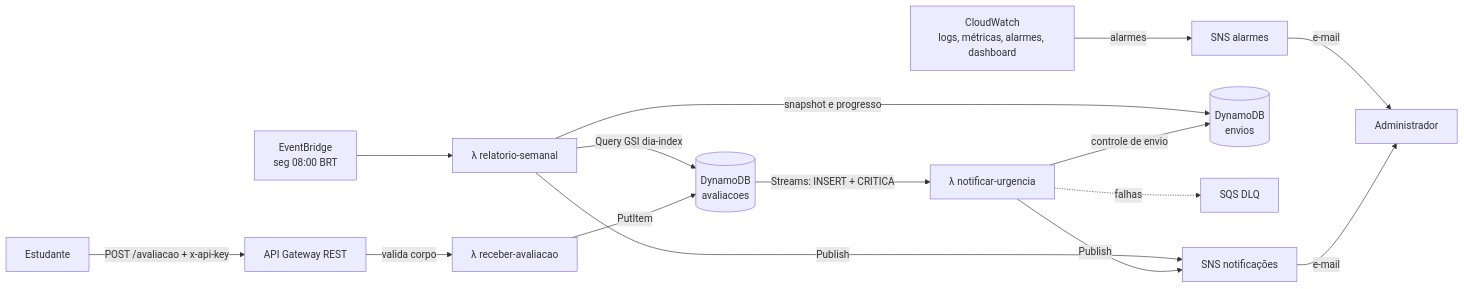
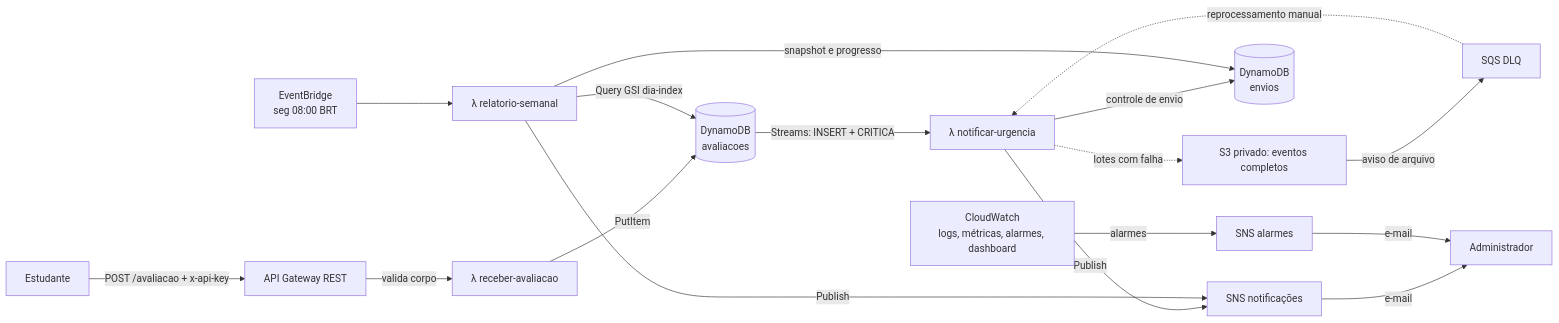
One commit to jessidomingues96/notacampus changed the diagram in README.md. Above: the diagram before and after it, drawn with Mermaid. The commit also changed other lines of this file and 23 other files, not shown here.

````diff
--- a/README.md
+++ b/README.md
@@ -26,17 +26,19 @@
 ```mermaid
 flowchart LR
     A[Estudante] -->|POST /avaliacao + x-api-key| B[API Gateway REST]
     B -->|valida corpo| F1[λ receber-avaliacao]
     F1 -->|PutItem| D[(DynamoDB<br/>avaliacoes)]
     D -->|Streams: INSERT + CRITICA| F2[λ notificar-urgencia]
     F2 -->|Publish| T[SNS notificações]
     F2 -->|controle de envio| C[(DynamoDB<br/>envios)]
-    F2 -.falhas.-> Q[SQS DLQ]
+    F2 -.lotes com falha.-> S3[S3 privado: eventos completos]
+    S3 -->|aviso de arquivo| Q[SQS DLQ]
+    Q -.reprocessamento manual.-> F2
     E[EventBridge<br/>seg 08:00 BRT] --> F3[λ relatorio-semanal]
     F3 -->|Query GSI dia-index| D
     F3 -->|Publish| T
     F3 -->|snapshot e progresso| C
     T -->|e-mail| ADM[Administrador]
     CW[CloudWatch<br/>logs, métricas, alarmes, dashboard] -->|alarmes| T2[SNS alarmes]
     T2 -->|e-mail| ADM
 ```
````
